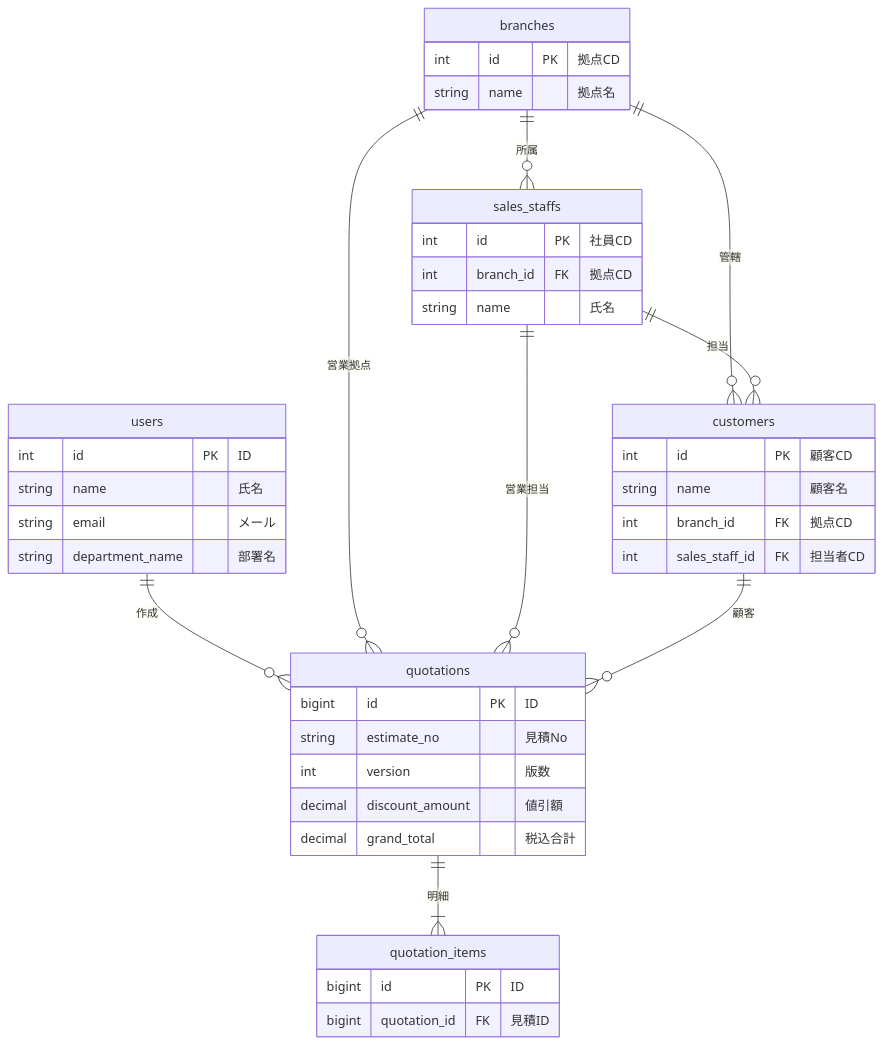
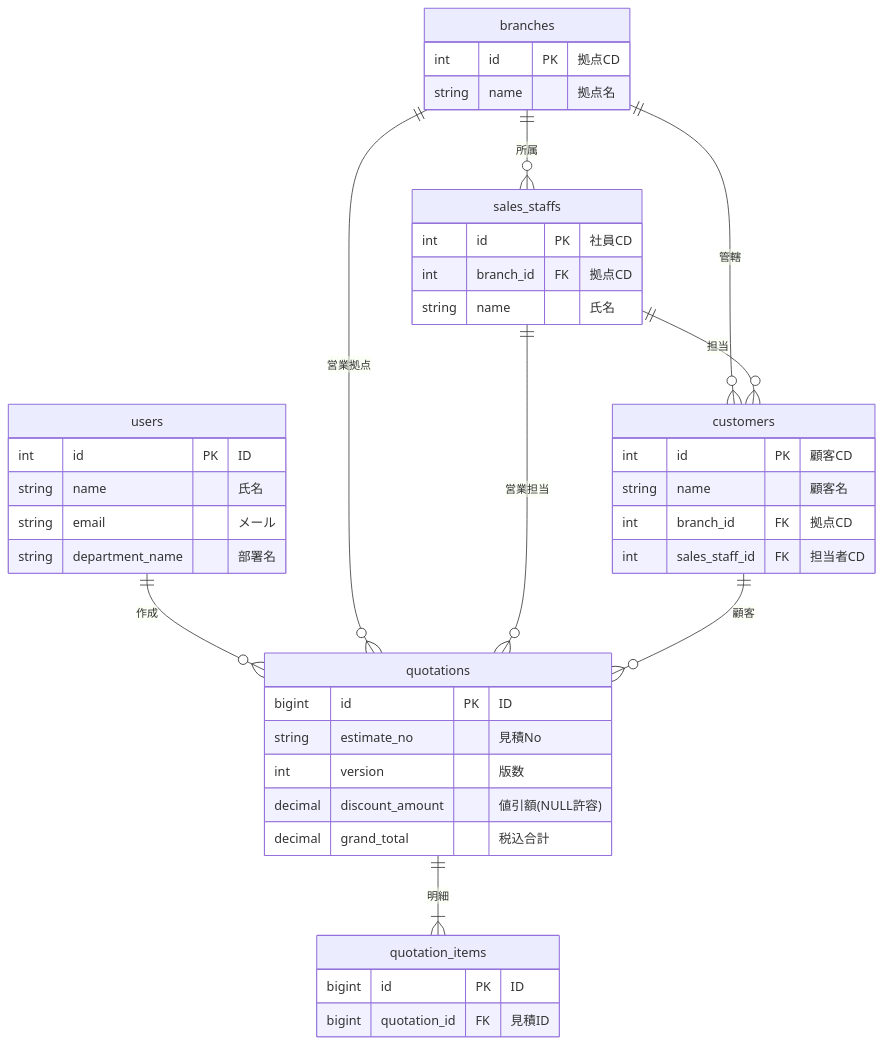
Before and after one commit to gantaro-max/quotation-app: the diagram in backend/DATABASE.md, drawn with Mermaid. The commit also changed other lines of this file and 3 other files, not shown here.

````diff
--- a/backend/DATABASE.md
+++ b/backend/DATABASE.md
@@ -9,46 +9,46 @@
 ```mermaid
 erDiagram
     branches ||--o{ sales_staffs : "所属"
     branches ||--o{ customers : "管轄"
     sales_staffs ||--o{ customers : "担当"
 
     users ||--o{ quotations : "作成"
     branches ||--o{ quotations : "営業拠点"
     sales_staffs ||--o{ quotations : "営業担当"
     customers ||--o{ quotations : "顧客"
 
     quotations ||--|{ quotation_items : "明細"
 
     branches {
         int id PK "拠点CD"
         string name "拠点名"
     }
     users {
         int id PK "ID"
         string name "氏名"
         string email "メール"
         string department_name "部署名"
     }
     sales_staffs {
         int id PK "社員CD"
         int branch_id FK "拠点CD"
         string name "氏名"
     }
     customers {
         int id PK "顧客CD"
         string name "顧客名"
         int branch_id FK "拠点CD"
         int sales_staff_id FK "担当者CD"
     }
     quotations {
         bigint id PK "ID"
         string estimate_no "見積No"
         int version "版数"
-        decimal discount_amount "値引額"
+        decimal discount_amount "値引額(NULL許容)"
         decimal grand_total "税込合計"
     }
     quotation_items {
         bigint id PK "ID"
         bigint quotation_id FK "見積ID"
     }
 ```
````
